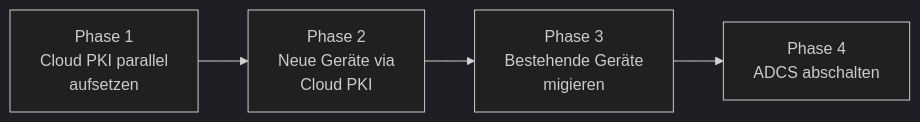
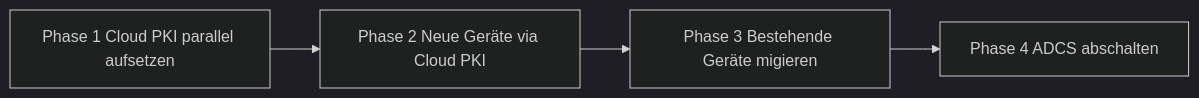
The second of 2 diagrams in Microsoft 365/Intune Suite/Microsoft Cloud PKI.md (SoniiiT/notes-n-docs), drawn with Mermaid (dark theme) before and after one commit. The commit also changed other lines of this file and 124 other files, not shown here.

First line of the commit message:
fix: Entferne \n aus allen Mermaid-Diagrammen (125 Dateien)

````diff
--- a/Microsoft 365/Intune Suite/Microsoft Cloud PKI.md
+++ b/Microsoft 365/Intune Suite/Microsoft Cloud PKI.md
@@ -319,6 +319,6 @@
 ```mermaid
 graph LR
-    PHASE1[Phase 1\nCloud PKI parallel\naufsetzen] --> PHASE2[Phase 2\nNeue Geräte via\nCloud PKI]
-    PHASE2 --> PHASE3[Phase 3\nBestehende Geräte\nmigieren]
-    PHASE3 --> PHASE4[Phase 4\nADCS abschalten]
+    PHASE1[Phase 1 Cloud PKI parallel aufsetzen] --> PHASE2[Phase 2 Neue Geräte via Cloud PKI]
+    PHASE2 --> PHASE3[Phase 3 Bestehende Geräte migieren]
+    PHASE3 --> PHASE4[Phase 4 ADCS abschalten]
 ```
````
